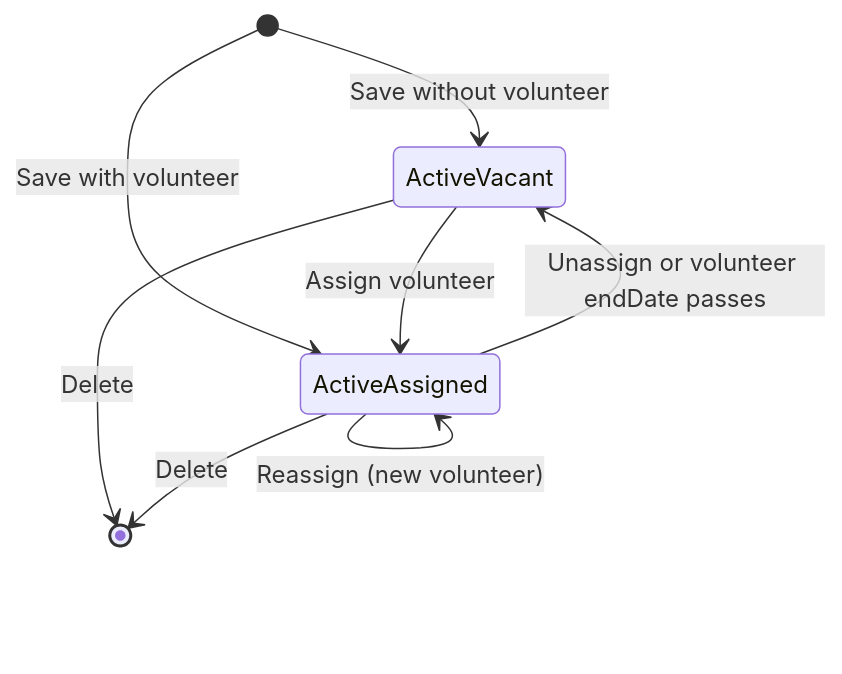
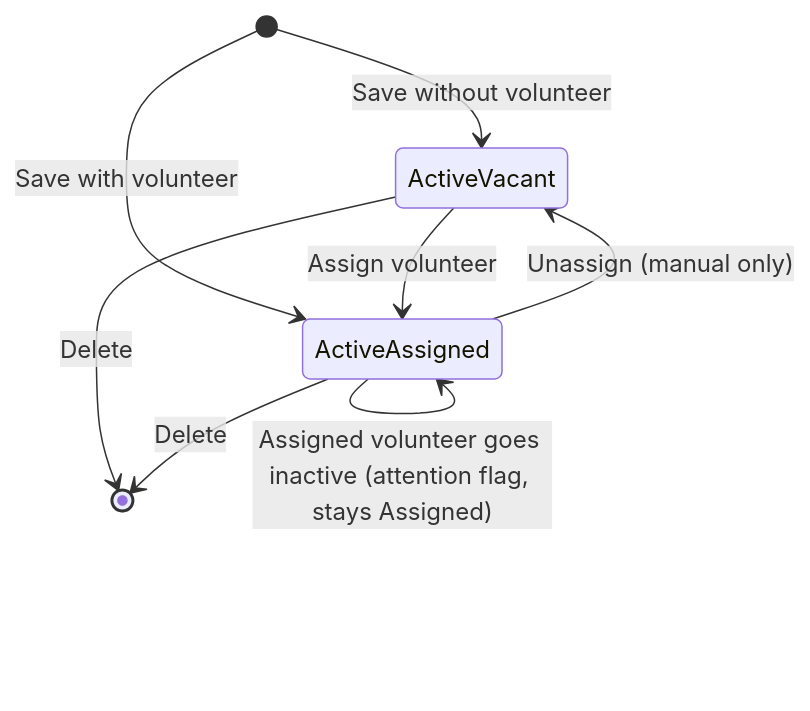
Before and after one commit to uwblueprint/beach-metro: the first of 10 diagrams in docs/route_management_flow_v2.md, drawn with Mermaid. The commit also changed other lines of this file, not shown here.

````diff
--- a/docs/route_management_flow_v2.md
+++ b/docs/route_management_flow_v2.md
@@ -45,10 +45,11 @@
 ```mermaid
 stateDiagram-v2
     [*] --> ActiveVacant: Save without volunteer
     [*] --> ActiveAssigned: Save with volunteer
     ActiveVacant --> ActiveAssigned: Assign volunteer
-    ActiveAssigned --> ActiveVacant: Unassign or volunteer endDate passes
+    ActiveAssigned --> ActiveVacant: Unassign (manual only)
     ActiveAssigned --> ActiveAssigned: Reassign (new volunteer)
+    ActiveAssigned --> ActiveAssigned: Assigned volunteer goes inactive (attention flag, stays Assigned)
     ActiveVacant --> [*]: Delete
     ActiveAssigned --> [*]: Delete
 ```
````
